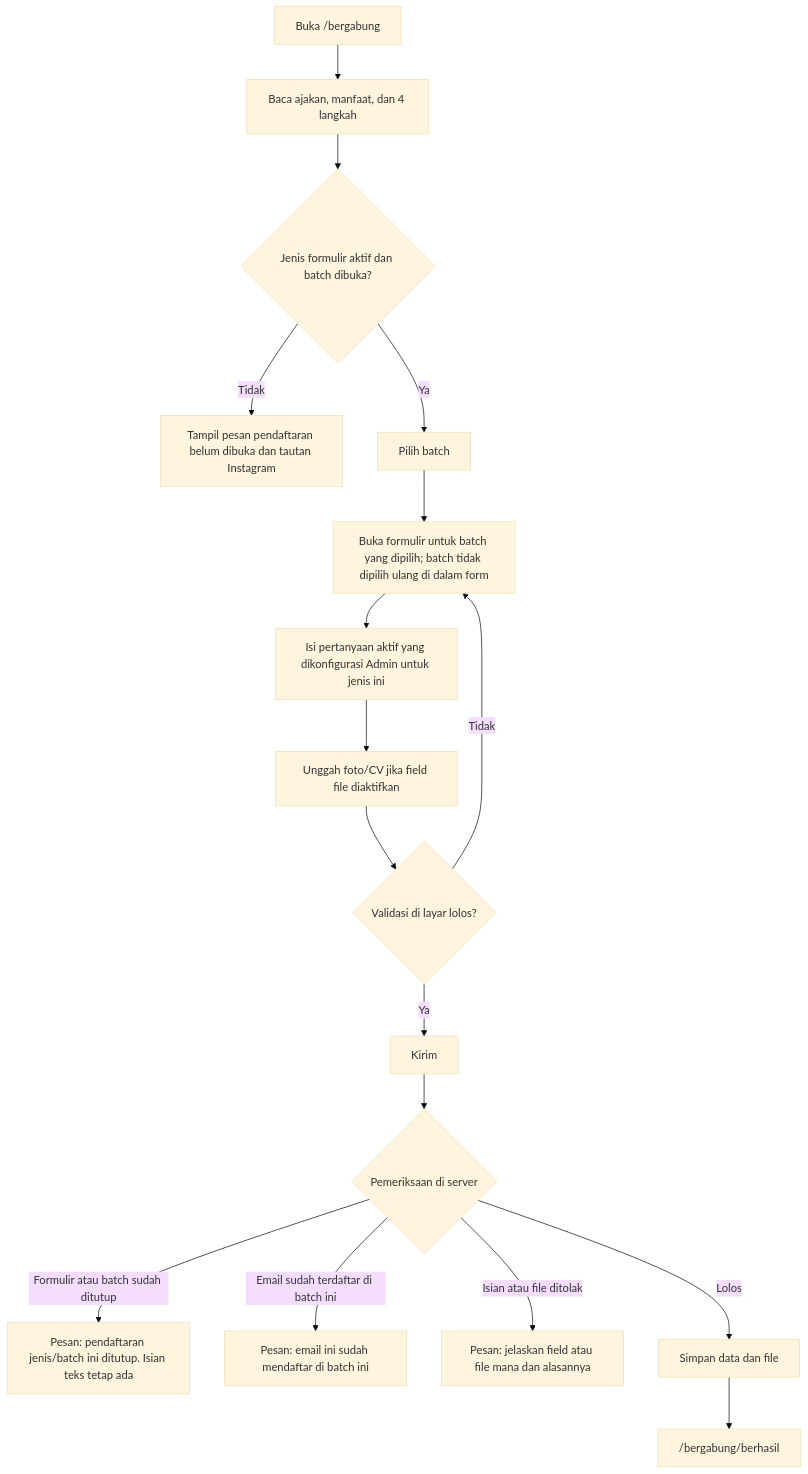
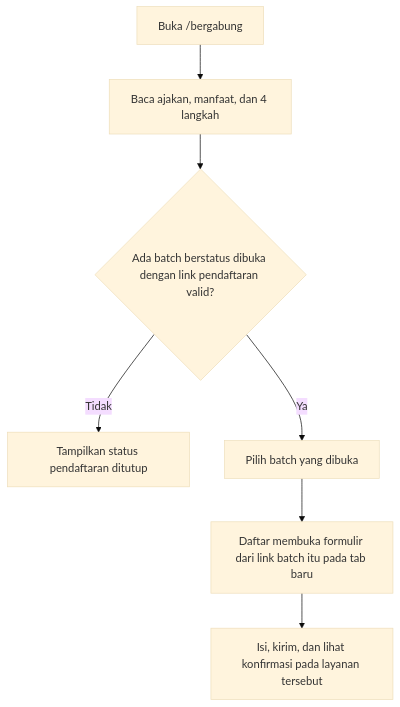
The second of 8 diagrams in docs/USERFLOW.md (zeovarince/Papua-future-project), drawn with Mermaid (base theme) before and after one commit. The commit also changed other lines of this file and 83 other files, not shown here.

````diff
--- a/docs/USERFLOW.md
+++ b/docs/USERFLOW.md
@@ -68,19 +62,9 @@
 ```mermaid
 flowchart TD
   A["Buka /bergabung"] --> B["Baca ajakan, manfaat, dan 4 langkah"]
-  B --> C{"Jenis formulir aktif dan batch dibuka?"}
-  C -- "Tidak" --> D["Tampil pesan pendaftaran belum dibuka dan tautan Instagram"]
-  C -- "Ya" --> E["Pilih batch"]
-  E --> F["Buka formulir untuk batch yang dipilih; batch tidak dipilih ulang di dalam form"]
-  F --> F2["Isi pertanyaan aktif yang dikonfigurasi Admin untuk jenis ini"]
-  F2 --> G["Unggah foto/CV jika field file diaktifkan"]
-  G --> H{"Validasi di layar lolos?"}
-  H -- "Tidak" --> F
-  H -- "Ya" --> I["Kirim"]
-  I --> J{"Pemeriksaan di server"}
-  J -- "Formulir atau batch sudah ditutup" --> K["Pesan: pendaftaran jenis/batch ini ditutup. Isian teks tetap ada"]
-  J -- "Email sudah terdaftar di batch ini" --> L["Pesan: email ini sudah mendaftar di batch ini"]
-  J -- "Isian atau file ditolak" --> M["Pesan: jelaskan field atau file mana dan alasannya"]
-  J -- "Lolos" --> N["Simpan data dan file"]
-  N --> O["/bergabung/berhasil"]
+  B --> C{"Ada batch berstatus dibuka dengan link pendaftaran valid?"}
+  C -- "Tidak" --> D["Tampilkan status pendaftaran ditutup"]
+  C -- "Ya" --> E["Pilih batch yang dibuka"]
+  E --> F["Daftar membuka formulir dari link batch itu pada tab baru"]
+  F --> G["Isi, kirim, dan lihat konfirmasi pada layanan tersebut"]
 ```
````
